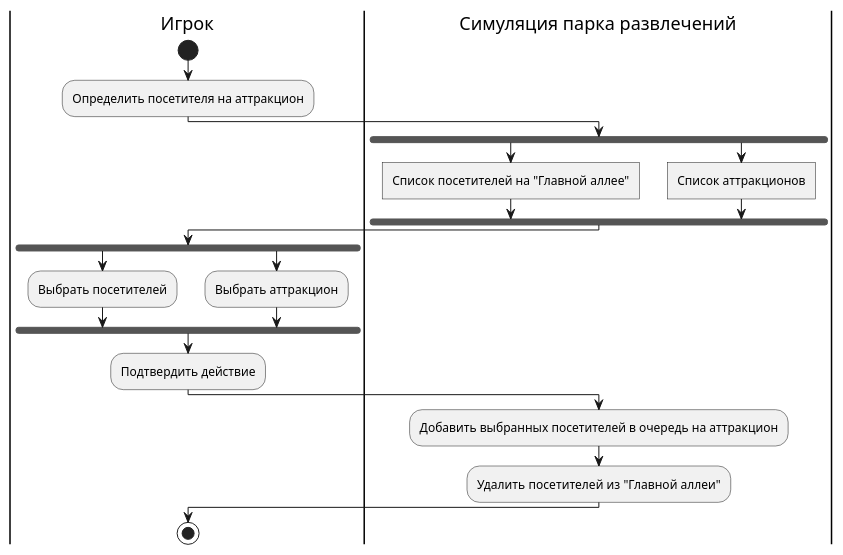
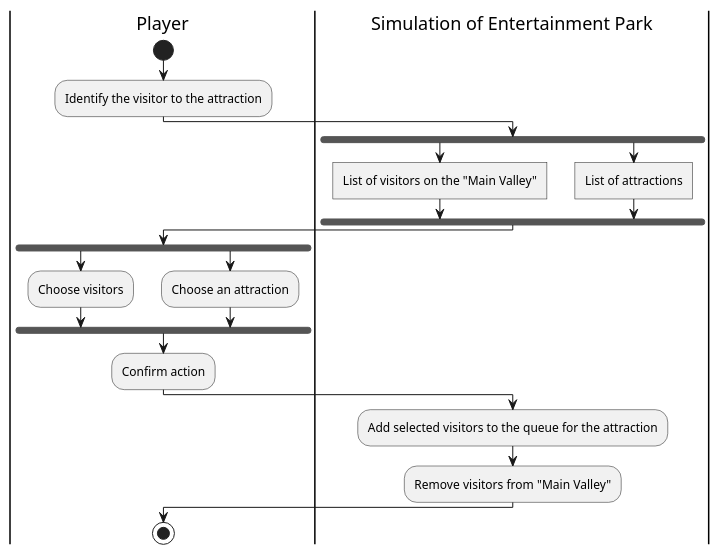
One commit to mzhirko/amusement-park changed the diagram in description/diagrams/diagrams-en/activity/add-visitor-to-attraction-activity-diagram.wsd. Above: the diagram before and after it, drawn with PlantUML. The commit also changed 25 other files, not shown here.

Commit message:
Translate activity diagrams + render imgs

```diff
--- a/description/diagrams/diagrams-en/activity/add-visitor-to-attraction-activity-diagram.wsd
+++ b/description/diagrams/diagrams-en/activity/add-visitor-to-attraction-activity-diagram.wsd
@@ -1,24 +1,24 @@
 @startuml add-visitor-to-attraction-activity-diagram
 skinparam ConditionEndStyle hline
-|Игрок|
+|Player|
 start
-:Определить посетителя на аттракцион;
-|Симуляция парка развлечений|
+:Identify the visitor to the attraction;
+|Simulation of Entertainment Park|
 fork
-:Список посетителей на "Главной аллее"]
+:List of visitors on the "Main Valley"]
 forkagain
-:Список аттракционов]
+:List of attractions]
 endfork
-|Игрок|
+|Player|
 fork
-:Выбрать посетителей;
+:Choose visitors;
 forkagain
-:Выбрать аттракцион;
+:Choose an attraction;
 endfork
-:Подтвердить действие;
-|Симуляция парка развлечений|
-:Добавить выбранных посетителей в очередь на аттракцион;
-:Удалить посетителей из "Главной аллеи";
-|Игрок|
+:Confirm action;
+|Simulation of Entertainment Park|
+:Add selected visitors to the queue for the attraction;
+:Remove visitors from "Main Valley";
+|Player|
 stop
 @enduml
```
